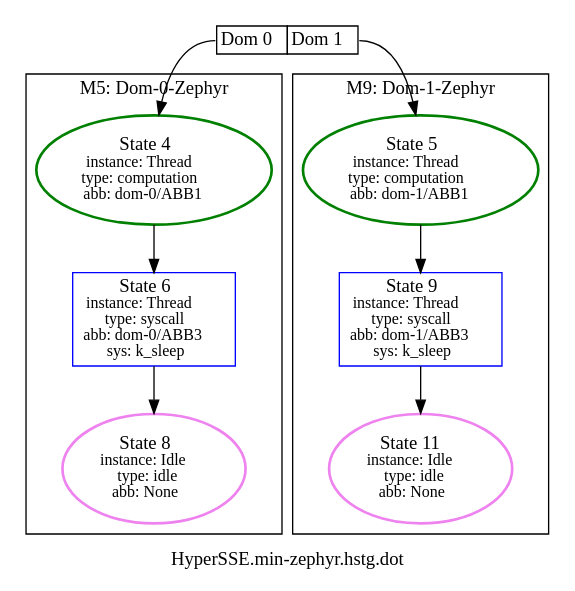
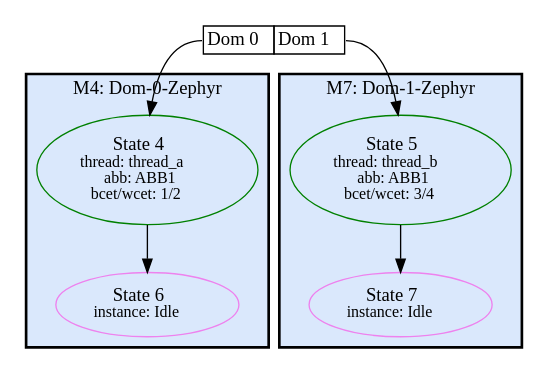
The diagram in appl/Xen/min-zephyr/HyperSSE.min-zephyr.hstg.dot (luhsra/ara), drawn with Graphviz before and after one commit. The commit also changed 47 other files, not shown here.

```diff
--- a/appl/Xen/min-zephyr/HyperSSE.min-zephyr.hstg.dot
+++ b/appl/Xen/min-zephyr/HyperSSE.min-zephyr.hstg.dot
@@ -1,24 +1,24 @@
 digraph G {
-label="HyperSSE.min-zephyr.hstg.dot";
+label="";
 1 [label=<<TABLE BORDER="0" CELLBORDER="1" CELLSPACING="0"><TR><TD PORT="c0">Dom 0</TD><TD PORT="c1">Dom 1</TD></TR></TABLE>>, shape=plaintext, tooltip=1];
-subgraph cluster_5 {
-label="M5: Dom-0-Zephyr";
-2 [color=green, fontsize=14, label=<State 4<br/><font point-size='12'>instance: Thread<br/>type: computation<br/>abb: dom-0/ABB1</font>>, style=bold, tooltip=2];
-3 [color=blue, fontsize=14, label=<State 6<br/><font point-size='12'>instance: Thread<br/>type: syscall<br/>abb: dom-0/ABB3<br/>sys: k_sleep</font>>, shape=box, tooltip=3];
-4 [color=violet, fontsize=14, label=<State 8<br/><font point-size='12'>instance: Idle<br/>type: idle<br/>abb: None</font>>, style=bold, tooltip=4];
+subgraph cluster_4 {
+bgcolor="#DAE8FC";
+label="M4: Dom-0-Zephyr";
+style=bold;
+2 [color=green, fontsize=14, label=<State 4<br/><font point-size='12'>thread: thread_a<br/>abb: ABB1<br/>bcet/wcet: 1/2</font>>, style=solid, tooltip=2];
+3 [color=violet, fontsize=14, label=<State 6<br/><font point-size='12'>instance: Idle</font>>, style=solid, tooltip=3];
 }
 
-subgraph cluster_9 {
-label="M9: Dom-1-Zephyr";
-8 [color=violet, fontsize=14, label=<State 11<br/><font point-size='12'>instance: Idle<br/>type: idle<br/>abb: None</font>>, style=bold, tooltip=8];
-6 [color=green, fontsize=14, label=<State 5<br/><font point-size='12'>instance: Thread<br/>type: computation<br/>abb: dom-1/ABB1</font>>, style=bold, tooltip=6];
-7 [color=blue, fontsize=14, label=<State 9<br/><font point-size='12'>instance: Thread<br/>type: syscall<br/>abb: dom-1/ABB3<br/>sys: k_sleep</font>>, shape=box, tooltip=7];
+subgraph cluster_7 {
+bgcolor="#DAE8FC";
+label="M7: Dom-1-Zephyr";
+style=bold;
+5 [color=green, fontsize=14, label=<State 5<br/><font point-size='12'>thread: thread_b<br/>abb: ABB1<br/>bcet/wcet: 3/4</font>>, style=solid, tooltip=5];
+6 [color=violet, fontsize=14, label=<State 7<br/><font point-size='12'>instance: Idle</font>>, style=solid, tooltip=6];
 }
 
 1:c0 -> 2  [color=black];
-1:c1 -> 6  [color=black];
+1:c1 -> 5  [color=black];
 2 -> 3  [color=black];
-3 -> 4  [color=black];
-6 -> 7  [color=black];
-7 -> 8  [color=black];
+5 -> 6  [color=black];
 }
```
